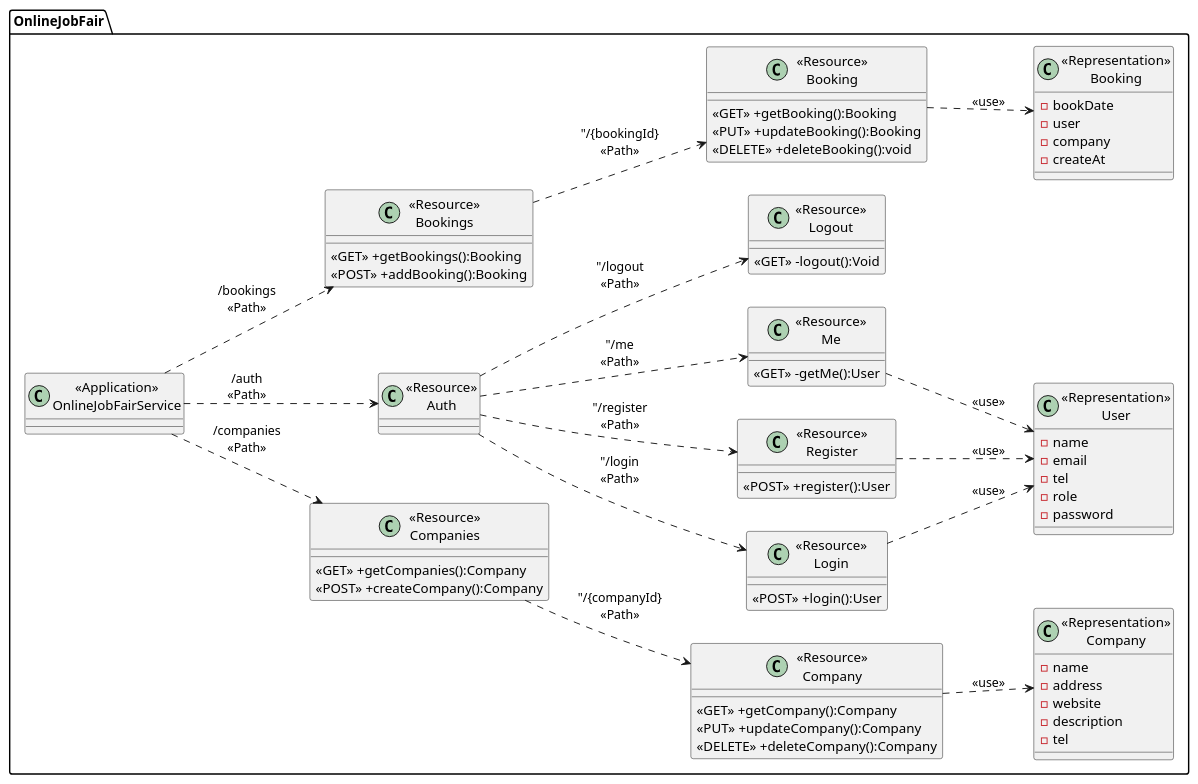
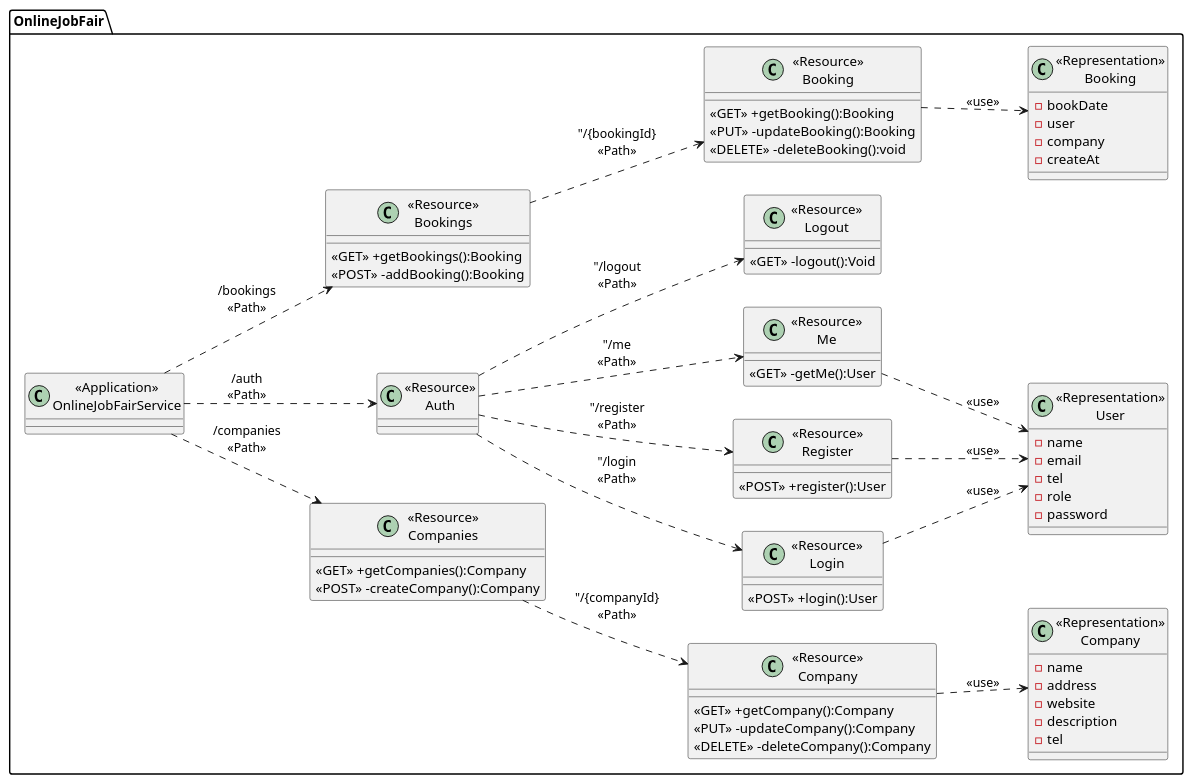
The diagram in PlantUML/ClassDiagram.puml (armernuntiya/SWDevI), drawn with PlantUML before and after one commit.

```diff
--- a/PlantUML/ClassDiagram.puml
+++ b/PlantUML/ClassDiagram.puml
@@ -1,92 +1,92 @@
 @startuml Class Diagram Online Job Fair
 left to right direction
 package "OnlineJobFair"{
     class "<<Application>>\nOnlineJobFairService" as OnlineJobFairService{
     }
 
     class "<<Resource>>\nCompanies" as ResourceCompanies{
         <<GET>> +getCompanies():Company
-        <<POST>> +createCompany():Company
+        <<POST>> -createCompany():Company
     }
 
     class "<<Resource>>\nCompany" as ResourceCompany{
         <<GET>> +getCompany():Company
-        <<PUT>> +updateCompany():Company
-        <<DELETE>> +deleteCompany():Company
+        <<PUT>> -updateCompany():Company
+        <<DELETE>> -deleteCompany():Company
     }
     
 
     class "<<Representation>>\nCompany" as RepresentationCompany {
         -name 
         -address
         -website
         -description
         -tel
     }
 
     class "<<Resource>>\nAuth" as ResourceAuth{
     }
 
     class "<<Resource>>\nLogin" as ResourceLogin{
         <<POST>> +login():User
     }
 
     class "<<Resource>>\nRegister" as ResourceRegister{
         <<POST>> +register():User
     }
 
     class "<<Resource>>\nMe" as ResourceMe{
         <<GET>> -getMe():User
     }
 
     class "<<Resource>>\nLogout" as ResourceLogout{
         <<GET>> -logout():Void
     }
 
     class "<<Representation>>\nUser" as RepresentationUser{
         -name
         -email
         -tel
         -role        
         -password
     }
 
     class "<<Resource>>\nBookings" as ResourceBookings{
         <<GET>> +getBookings():Booking
-        <<POST>> +addBooking():Booking
+        <<POST>> -addBooking():Booking
     }
 
     class "<<Resource>>\nBooking" as ResourceBooking{
         <<GET>> +getBooking():Booking
-        <<PUT>> +updateBooking():Booking
-        <<DELETE>> +deleteBooking():void
+        <<PUT>> -updateBooking():Booking
+        <<DELETE>> -deleteBooking():void
     }
 
     class "<<Representation>>\nBooking" as RepresentationBooking{
         -bookDate
         -user
         -company
         -createAt
     }
 
 
 
 }
 
     OnlineJobFairService ..>  ResourceCompanies:"/companies\n<<Path>>"
     ResourceCompanies ..> ResourceCompany:"/{companyId}\n<<Path>>
     ResourceCompany ..> RepresentationCompany: "<<use>>"
 
     OnlineJobFairService ..>  ResourceAuth:"/auth\n<<Path>>"
     ResourceAuth ..> ResourceLogin:"/login\n<<Path>>
     ResourceAuth ..> ResourceRegister:"/register\n<<Path>>
     ResourceAuth ..> ResourceMe:"/me\n<<Path>>
     ResourceAuth ..> ResourceLogout:"/logout\n<<Path>>
     ResourceLogin ..> RepresentationUser: "<<use>>"
     ResourceRegister ..> RepresentationUser: "<<use>>"
     ResourceMe ..> RepresentationUser: "<<use>>"
 
     OnlineJobFairService ..>  ResourceBookings:"/bookings\n<<Path>>"
     ResourceBookings ..> ResourceBooking:"/{bookingId}\n<<Path>>
     ResourceBooking ..> RepresentationBooking: "<<use>>"
 @enduml
```
